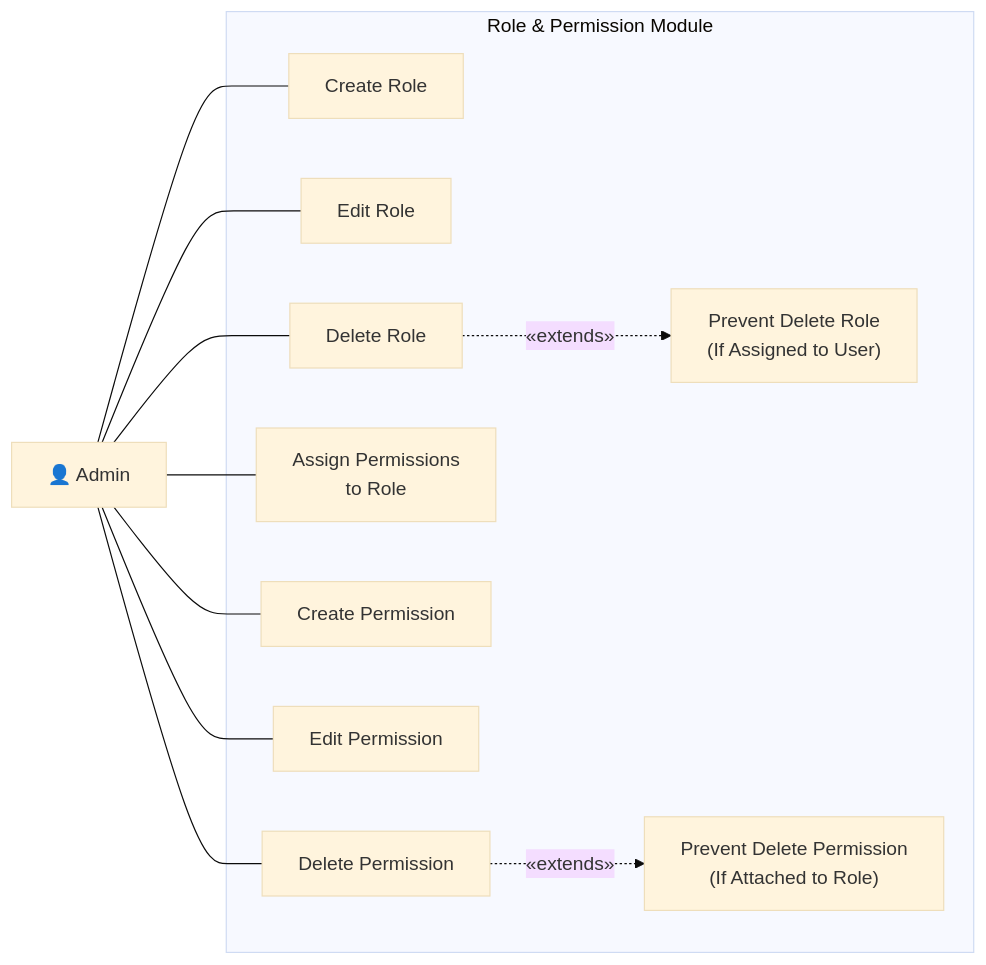
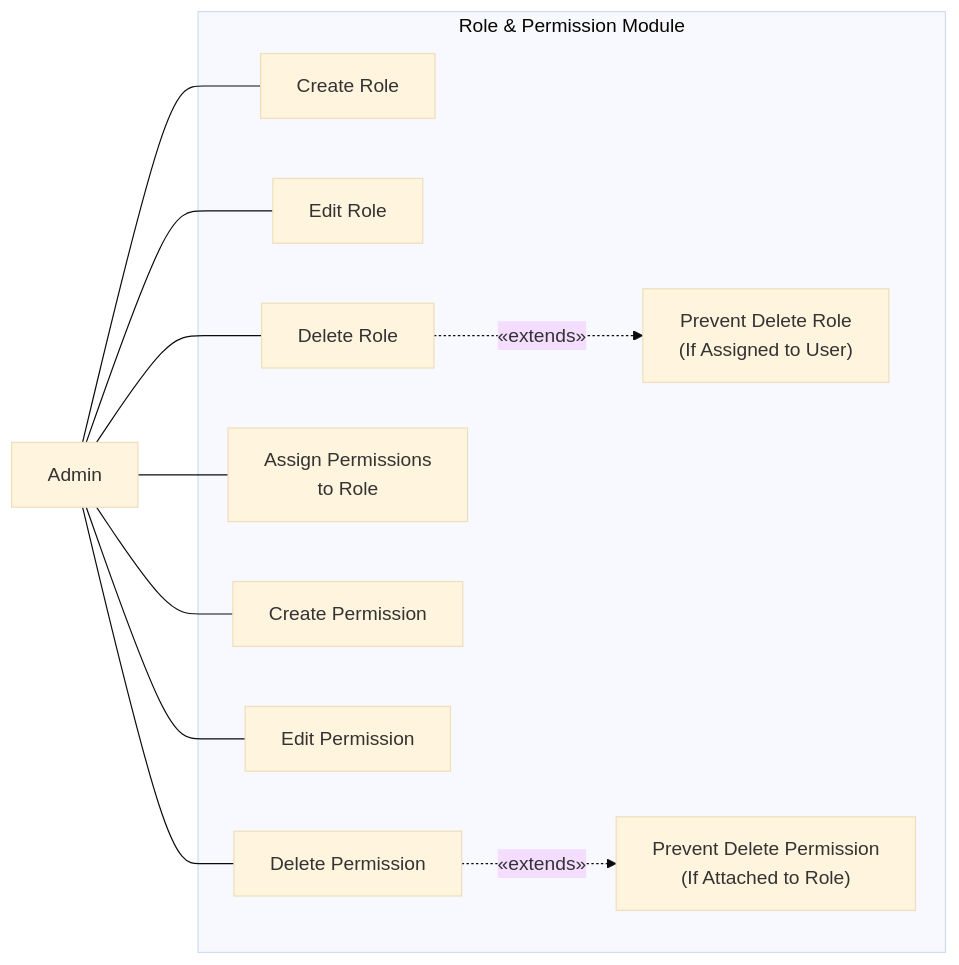
Before and after one commit to aisyahumairah/HomeLodge-Doc: the ninth of 12 diagrams in docs/dev/USE_CASE_DIAGRAMS.md, drawn with Mermaid (base theme). The commit also changed other lines of this file and 3 other files, not shown here.

````diff
--- a/docs/dev/USE_CASE_DIAGRAMS.md
+++ b/docs/dev/USE_CASE_DIAGRAMS.md
@@ -327,27 +368,27 @@
 ```mermaid
 flowchart LR
-    Admin["👤 Admin"]
+    Admin["Admin"]
 
     subgraph Role & Permission Module
         UC1["Create Role"]
         UC2["Edit Role"]
         UC3["Delete Role"]
         UC4["Assign Permissions\nto Role"]
         UC5["Create Permission"]
         UC6["Edit Permission"]
         UC7["Delete Permission"]
         UC8["Prevent Delete Role\n(If Assigned to User)"]
         UC9["Prevent Delete Permission\n(If Attached to Role)"]
     end
 
     Admin --- UC1
     Admin --- UC2
     Admin --- UC3
     Admin --- UC4
     Admin --- UC5
     Admin --- UC6
     Admin --- UC7
 
     UC3 -. "«extends»" .-> UC8
     UC7 -. "«extends»" .-> UC9
 ```
````
